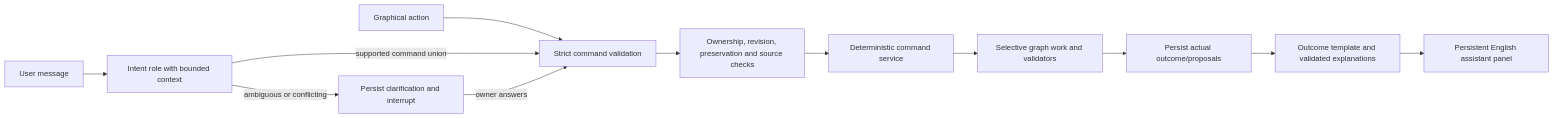
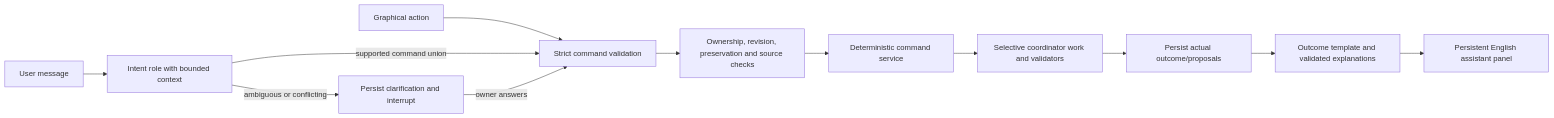
Before and after one commit to mrstikal/one-day-flight-trip-mcp-a2a: the diagram in docs/planning/07-conversation-and-intents.md, drawn with Mermaid. The commit also changed other lines of this file and 99 other files, not shown here.

````diff
--- a/docs/planning/07-conversation-and-intents.md
+++ b/docs/planning/07-conversation-and-intents.md
@@ -7,14 +7,14 @@
 ```mermaid
 flowchart LR
     UI[Graphical action] --> Schema[Strict command validation]
     Chat[User message] --> Intent[Intent role with bounded context]
     Intent -->|supported command union| Schema
     Intent -->|ambiguous or conflicting| Clarify[Persist clarification and interrupt]
     Clarify -->|owner answers| Schema
     Schema --> Authorize[Ownership, revision, preservation and source checks]
     Authorize --> Execute[Deterministic command service]
-    Execute --> Work[Selective graph work and validators]
+    Execute --> Work[Selective coordinator work and validators]
     Work --> Outcome[Persist actual outcome/proposals]
     Outcome --> Response[Outcome template and validated explanations]
     Response --> Panel[Persistent English assistant panel]
 ```
````
